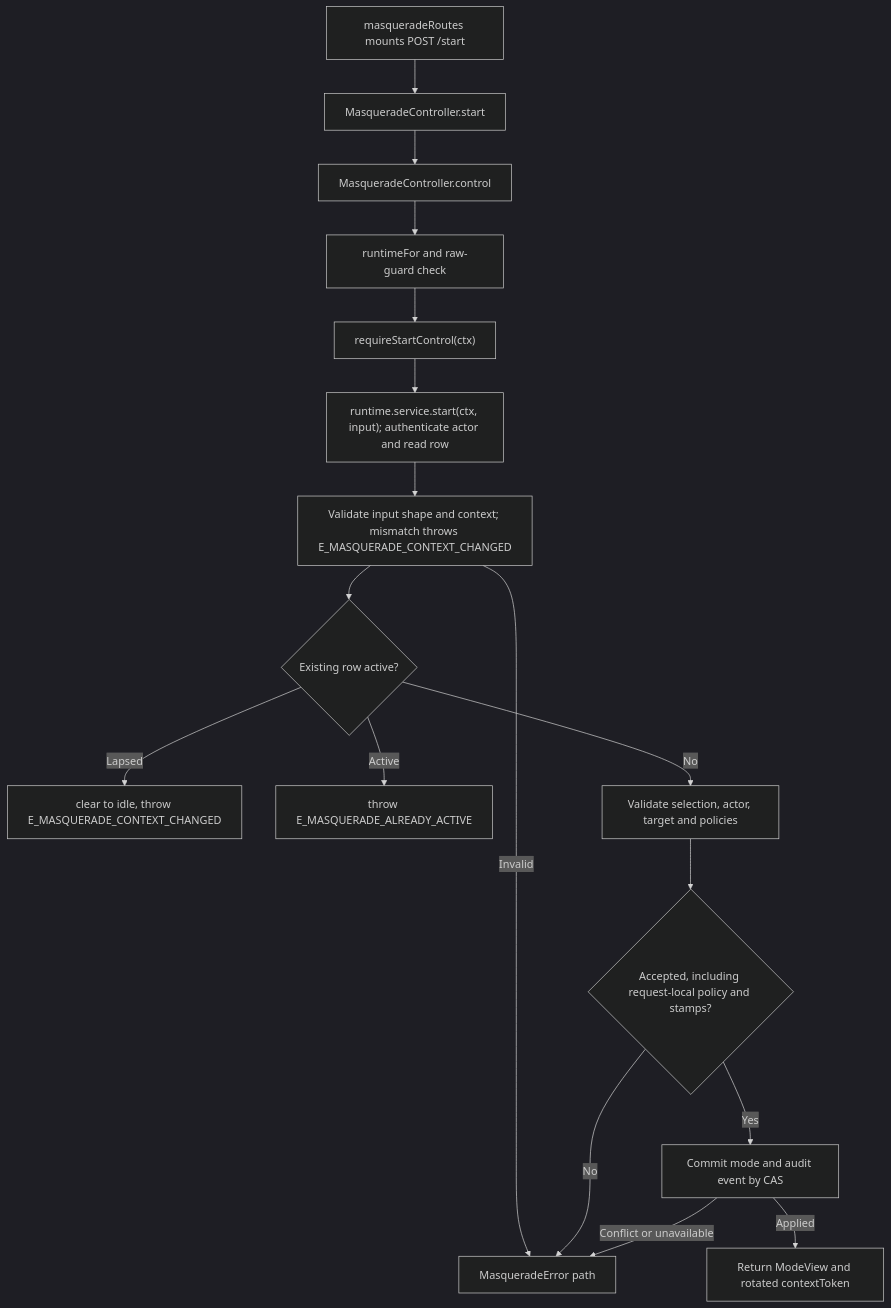
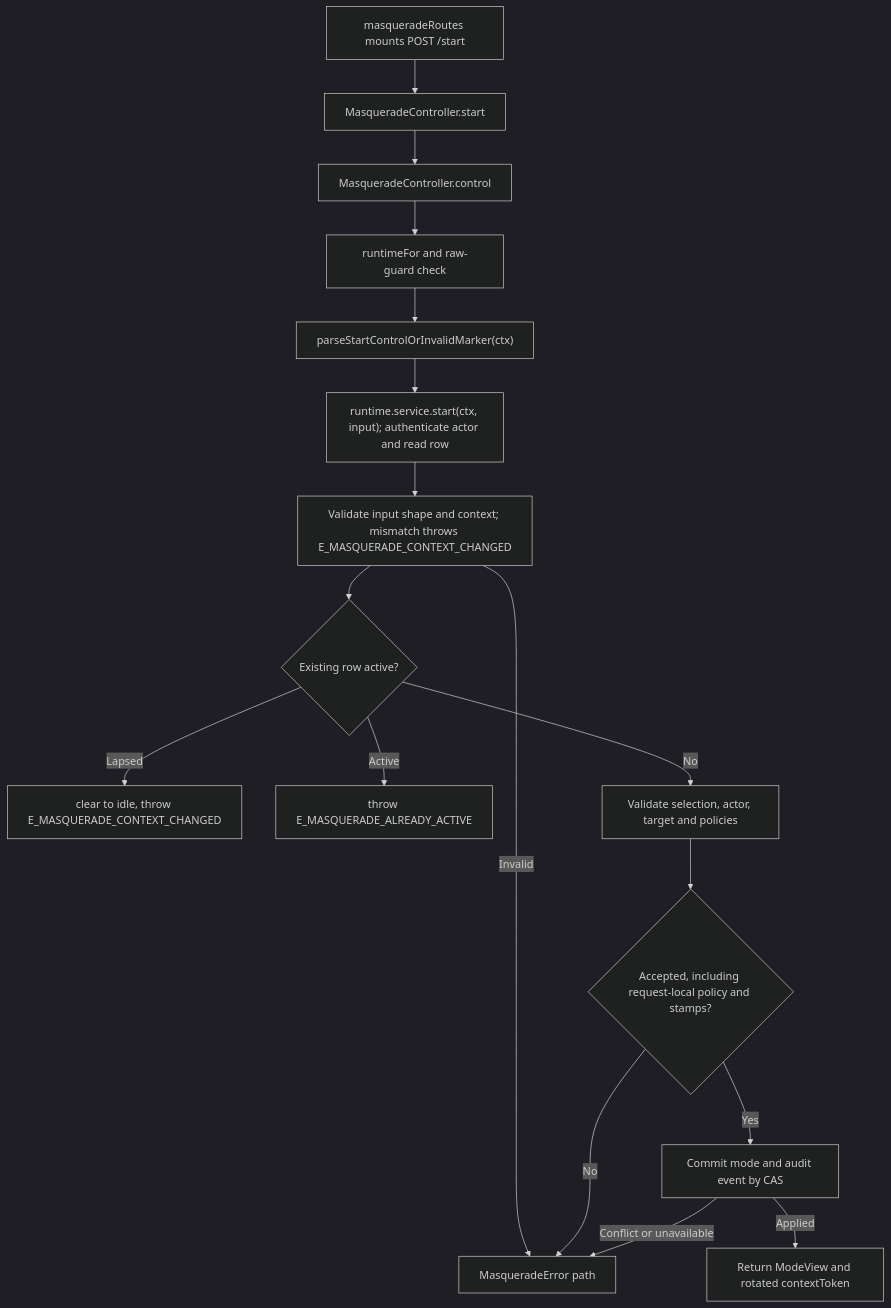
Before and after one commit to Kevinjohn/oss-adonisjs-masquerade: the second of 2 diagrams in user-stories/start-stop-mode/us-actor-01-start-stop-mode.md, drawn with Mermaid (dark theme). The commit also changed other lines of this file and 25 other files, not shown here.

````diff
--- a/user-stories/start-stop-mode/us-actor-01-start-stop-mode.md
+++ b/user-stories/start-stop-mode/us-actor-01-start-stop-mode.md
@@ -56,19 +56,19 @@
 ```mermaid
 flowchart TD
     A["masqueradeRoutes mounts POST /start"] --> B["MasqueradeController.start"]
     B --> C["MasqueradeController.control"]
     C --> D["runtimeFor and raw-guard check"]
-    D --> E["requireStartControl(ctx)"]
+    D --> E["parseStartControlOrInvalidMarker(ctx)"]
     E --> F["runtime.service.start(ctx, input); authenticate actor and read row"]
     F --> G["Validate input shape and context; mismatch throws E_MASQUERADE_CONTEXT_CHANGED"]
     G -->|Invalid| I
     G --> L{"Existing row active?"}
     L -->|Lapsed| M["clear to idle, throw E_MASQUERADE_CONTEXT_CHANGED"]
     L -->|Active| N["throw E_MASQUERADE_ALREADY_ACTIVE"]
     L -->|No| P["Validate selection, actor, target and policies"]
     P --> H{"Accepted, including request-local policy and stamps?"}
     H -->|No| I["MasqueradeError path"]
     H -->|Yes| K["Commit mode and audit event by CAS"]
     K -->|Applied| J["Return ModeView and rotated contextToken"]
     K -->|Conflict or unavailable| I
 ```
````
